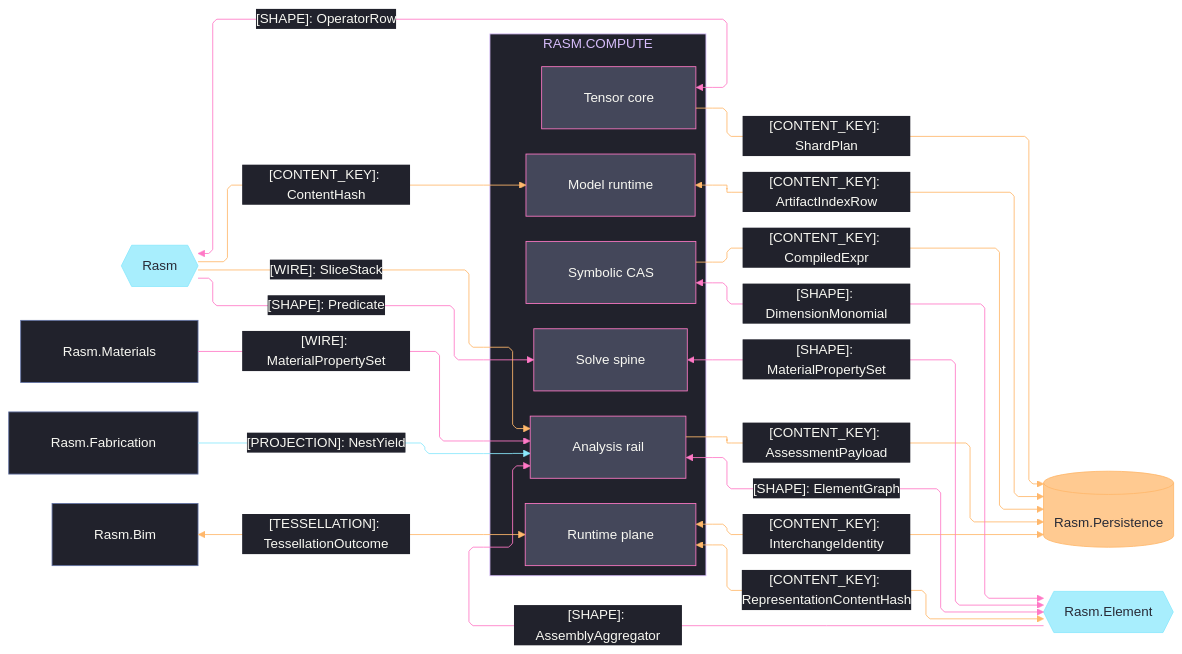
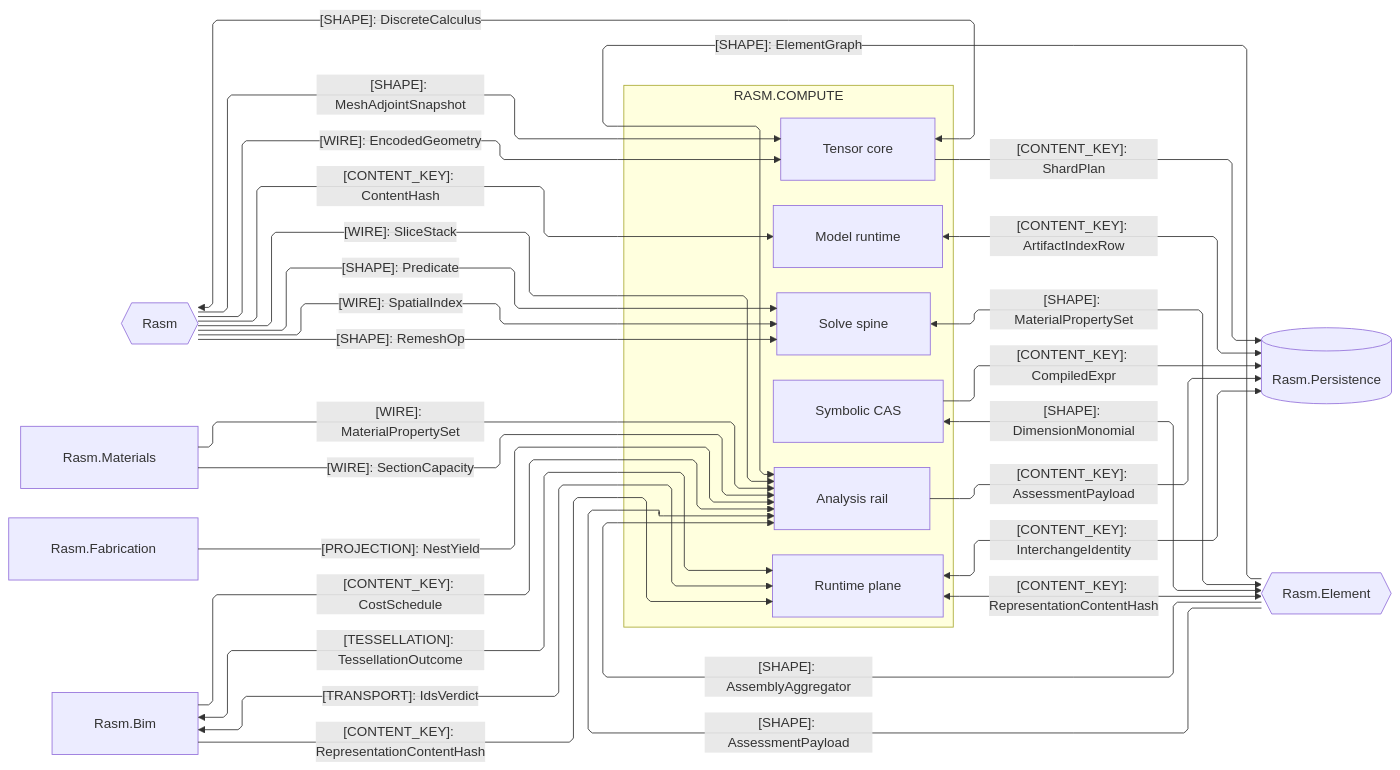
One commit to bsamiee/Rasm changed the second of 4 diagrams in libs/csharp/Rasm.Compute/ARCHITECTURE.md. Above: the diagram before and after it, drawn with Mermaid. The commit also changed other lines of this file and 460 other files, not shown here.

````diff
--- a/libs/csharp/Rasm.Compute/ARCHITECTURE.md
+++ b/libs/csharp/Rasm.Compute/ARCHITECTURE.md
@@ -152,76 +127,52 @@
 ```mermaid
 ---
 config:
-  theme: base
-  look: classic
   layout: elk
   flowchart:
     curve: linear
     padding: 25
-  themeVariables:
-    darkMode: true
-    fontFamily: "SF Mono, Menlo, Cascadia Mono, Segoe UI Mono, Consolas, monospace"
-    useGradient: false
-    dropShadow: "none"
-    background: "#282A36"
-    primaryColor: "#44475A"
-    primaryTextColor: "#F8F8F2"
-    primaryBorderColor: "#BD93F9"
-    lineColor: "#FF79C6"
-    textColor: "#F8F8F2"
-    clusterBkg: "#21222C"
-    clusterBorder: "#D6BCFA"
-    edgeLabelBackground: "#21222C"
-    labelBackgroundColor: "#21222C"
-    titleColor: "#D6BCFA"
-  themeCSS: ".nodeLabel{font-size:13px;font-weight:500}.edgeLabel{font-size:12px;font-weight:500}.cluster-label .nodeLabel{font-size:13.5px;font-weight:700;letter-spacing:.08em}.edge-thickness-normal{stroke-width:2px}.edge-thickness-thick{stroke-width:3px}.edge-pattern-dashed,.edge-pattern-dotted{stroke-width:1.5px;stroke-dasharray:4 6}.node rect,.node circle,.node polygon,.node path,.node .outer-path{stroke-width:1.5px;filter:none!important}.cluster rect{stroke-width:1px!important;stroke-dasharray:5 4!important;filter:none!important}.marker path{transform:scale(.8);transform-origin:5px 5px}.marker circle{transform:scale(.48);transform-origin:5px 5px}.edgeLabel rect{transform-box:fill-box;transform-origin:center;transform:scale(1.1,1.2)}"
 ---
 flowchart LR
     accTitle: Compute AEC-domain and storage seams
-    accDescr: Compute sub-domain owners exchanging content keys, neutral shapes, projections, and tessellation with the kernel, the Element/Materials/Bim/Fabrication AEC peers, and the persistence store, edge rails colored by kind and nodes classed by seam direction.
+    accDescr: Compute sub-domain owners exchanging content keys, neutral shapes, wires, projections, transport, and tessellation with the kernel, the Element/Materials/Bim/Fabrication AEC peers, and the persistence store, one edge per contract family labeled by kind and shared shape.
     subgraph compute[RASM.COMPUTE]
         Model[Model runtime]
         Tensor[Tensor core]
         Solver[Solve spine]
         Symbolic[Symbolic CAS]
         Analysis[Analysis rail]
         Runtime[Runtime plane]
     end
     Rasm{{Rasm}}
     Persistence[(Rasm.Persistence)]
     Element{{Rasm.Element}}
     Materials[Rasm.Materials]
     Fabrication[Rasm.Fabrication]
     Bim[Rasm.Bim]
     Rasm e1@-->|"[CONTENT_KEY]: ContentHash"| Model
     Rasm e2@-->|"[SHAPE]: Predicate"| Solver
-    Tensor e3@<-->|"[SHAPE]: OperatorRow"| Rasm
+    Tensor e3@<-->|"[SHAPE]: DiscreteCalculus"| Rasm
     Rasm e4@-->|"[WIRE]: SliceStack"| Analysis
+    Rasm e18@-->|"[SHAPE]: MeshAdjointSnapshot"| Tensor
+    Rasm e19@-->|"[WIRE]: SpatialIndex"| Solver
+    Rasm e20@-->|"[SHAPE]: RemeshOp"| Solver
+    Rasm e21@-->|"[WIRE]: EncodedGeometry"| Tensor
     Model e15@<-->|"[CONTENT_KEY]: ArtifactIndexRow"| Persistence
     Tensor e16@-->|"[CONTENT_KEY]: ShardPlan"| Persistence
     Symbolic e14@-->|"[CONTENT_KEY]: CompiledExpr"| Persistence
     Analysis e13@-->|"[CONTENT_KEY]: AssessmentPayload"| Persistence
     Runtime e17@<-->|"[CONTENT_KEY]: InterchangeIdentity"| Persistence
     Solver e8@<-->|"[SHAPE]: MaterialPropertySet"| Element
     Symbolic e7@<-->|"[SHAPE]: DimensionMonomial"| Element
-    Analysis e5@<-->|"[SHAPE]: ElementGraph"| Element
+    Element e5@-->|"[SHAPE]: ElementGraph"| Analysis
+    Element e22@-->|"[SHAPE]: AssessmentPayload"| Analysis
     Runtime e6@<-->|"[CONTENT_KEY]: RepresentationContentHash"| Element
     Element e10@-->|"[SHAPE]: AssemblyAggregator"| Analysis
     Materials e9@-->|"[WIRE]: MaterialPropertySet"| Analysis
+    Materials e23@-->|"[WIRE]: SectionCapacity"| Analysis
     Fabrication e12@-->|"[PROJECTION]: NestYield"| Analysis
     Bim e11@<-->|"[TESSELLATION]: TessellationOutcome"| Runtime
-    classDef primary fill:#44475A,stroke:#FF79C6,color:#F8F8F2
-    classDef external fill:#8BE9FDBF,stroke:#8BE9FD,color:#282A36
-    classDef data fill:#FFB86CBF,stroke:#FFB86C,color:#282A36
-    classDef annotation fill:#21222C,stroke:#6272A4,color:#F8F8F2
-    classDef edgeData stroke:#FFB86C,color:#F8F8F2
-    classDef edgeExternal stroke:#8BE9FD,color:#F8F8F2
-    classDef edgeControl stroke:#FF79C6,color:#F8F8F2
-    class Runtime,Analysis,Symbolic,Model,Tensor,Solver primary
-    class Rasm,Element external
-    class Materials,Bim,Fabrication annotation
-    class Persistence data
-    class e1,e4,e6,e11,e13,e14,e15,e16,e17 edgeData
-    class e12 edgeExternal
-    class e2,e3,e5,e7,e8,e9,e10 edgeControl
+    Bim e24@<-->|"[TRANSPORT]: IdsVerdict"| Runtime
+    Bim e25@-->|"[CONTENT_KEY]: RepresentationContentHash"| Runtime
+    Bim e26@-->|"[CONTENT_KEY]: CostSchedule"| Analysis
 ```
````
